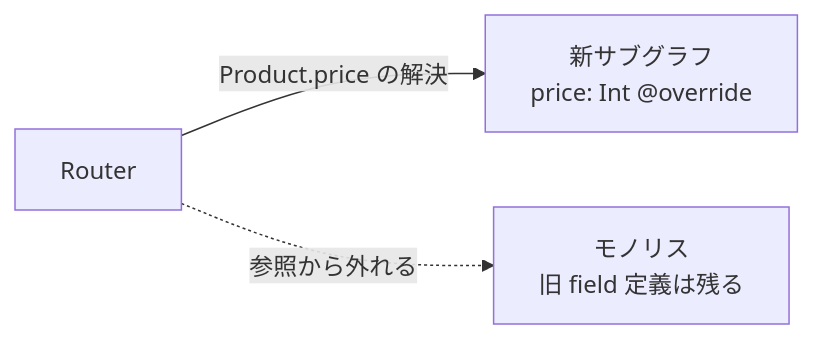
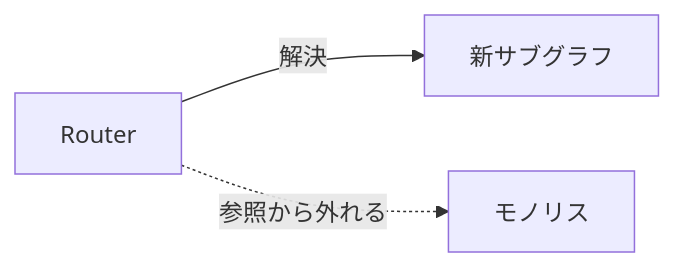
The third of 5 diagrams in content/graphql/federation.md (tomoikey/quartz), drawn with Mermaid before and after one commit. The commit also changed other lines of this file, not shown here.

````diff
--- a/content/graphql/federation.md
+++ b/content/graphql/federation.md
@@ -62,5 +62,5 @@
 ```mermaid
 graph LR
-    R[Router] -->|Product.price の解決| NEW["新サブグラフ<br/>price: Int @override"]
-    R -.->|参照から外れる| MONO["モノリス<br/>旧 field 定義は残る"]
+    R[Router] -->|解決| NEW["新サブグラフ"]
+    R -.->|参照から外れる| MONO["モノリス"]
 ```
````
